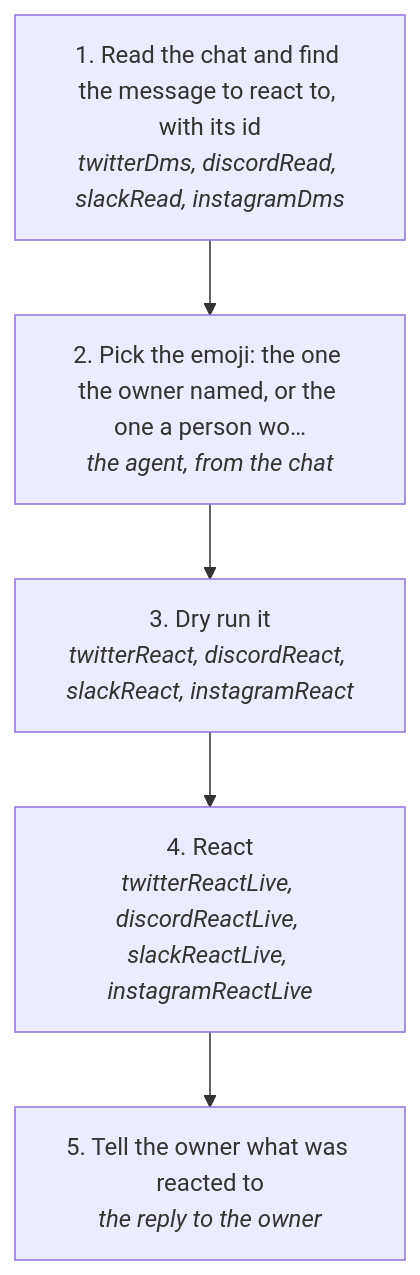
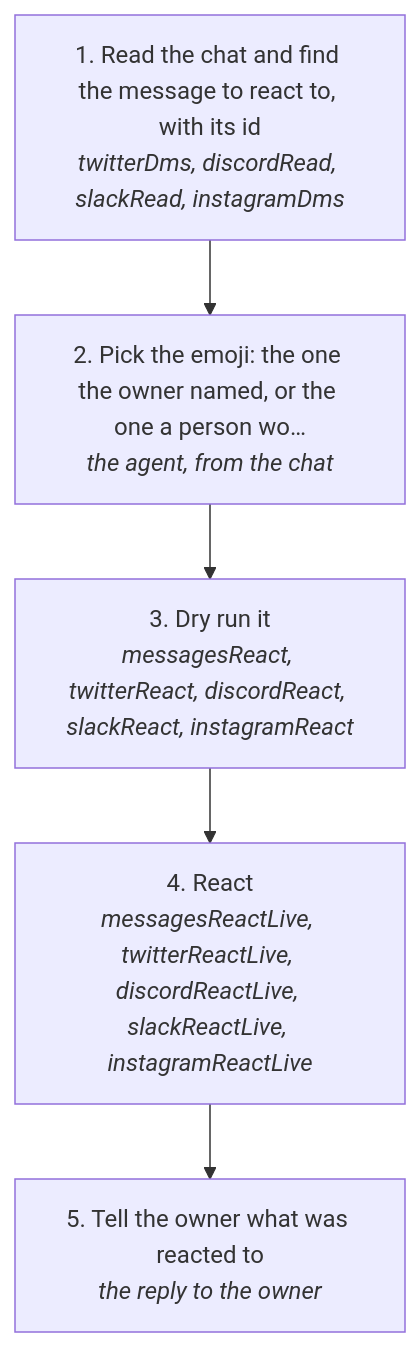
Before and after one commit to matthewdonsemail-lab/log: the diagram in docs/useCases/inbox/reactions.md, drawn with Mermaid. The commit also changed other lines of this file and 150 other files, not shown here.

````diff
--- a/docs/useCases/inbox/reactions.md
+++ b/docs/useCases/inbox/reactions.md
@@ -14,12 +14,12 @@
 ```mermaid
 flowchart TD
   s0["1. Read the chat and find the message to react to, with its id<br/><i>twitterDms, discordRead, slackRead, instagramDms</i>"]
   s1["2. Pick the emoji: the one the owner named, or the one a person wo…<br/><i>the agent, from the chat</i>"]
-  s2["3. Dry run it<br/><i>twitterReact, discordReact, slackReact, instagramReact</i>"]
-  s3["4. React<br/><i>twitterReactLive, discordReactLive, slackReactLive, instagramReactLive</i>"]
+  s2["3. Dry run it<br/><i>messagesReact, twitterReact, discordReact, slackReact, instagramReact</i>"]
+  s3["4. React<br/><i>messagesReactLive, twitterReactLive, discordReactLive, slackReactLive, instagramReactLive</i>"]
   s4["5. Tell the owner what was reacted to<br/><i>the reply to the owner</i>"]
   s0 --> s1
   s1 --> s2
   s2 --> s3
   s3 --> s4
 ```
````
